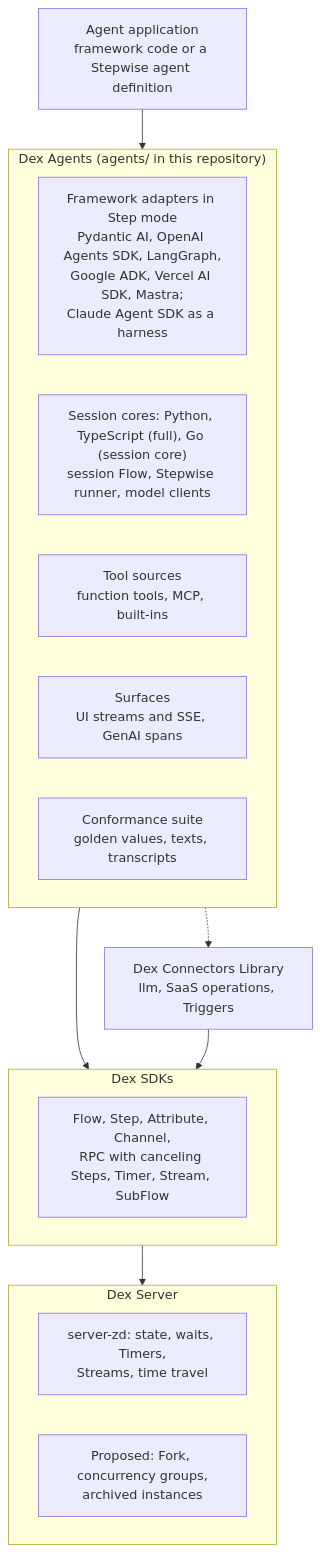
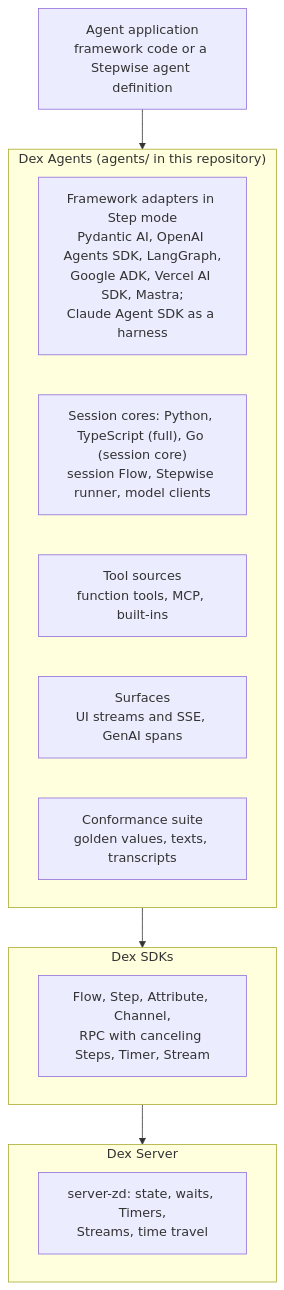
The first of 2 diagrams in docs/design/long-running-agents.md (superdurable/dex), drawn with Mermaid before and after one commit. The commit also changed other lines of this file and 1 other file, not shown here.

First line of the commit message:
Reduce the long-running agents design to what shipped in agents 0.2.0

````diff
--- a/docs/design/long-running-agents.md
+++ b/docs/design/long-running-agents.md
@@ -226,24 +197,20 @@
 ```mermaid
 flowchart TB
   app["Agent application<br/>framework code or a Stepwise agent definition"]
   subgraph agents["Dex Agents (agents/ in this repository)"]
     adapters["Framework adapters in Step mode<br/>Pydantic AI, OpenAI Agents SDK, LangGraph,<br/>Google ADK, Vercel AI SDK, Mastra;<br/>Claude Agent SDK as a harness"]
     cores["Session cores: Python, TypeScript (full), Go (session core)<br/>session Flow, Stepwise runner, model clients"]
     tools["Tool sources<br/>function tools, MCP, built-ins"]
     surfaces["Surfaces<br/>UI streams and SSE, GenAI spans"]
     conformance["Conformance suite<br/>golden values, texts, transcripts"]
   end
   subgraph sdk["Dex SDKs"]
-    primitives["Flow, Step, Attribute, Channel,<br/>RPC with canceling Steps, Timer, Stream, SubFlow"]
+    primitives["Flow, Step, Attribute, Channel,<br/>RPC with canceling Steps, Timer, Stream"]
   end
   subgraph server["Dex Server"]
     zd["server-zd: state, waits, Timers,<br/>Streams, time travel"]
-    newserver["Proposed: Fork, concurrency groups,<br/>archived instances"]
   end
-  connectors["Dex Connectors Library<br/>llm, SaaS operations, Triggers"]
   app --> agents
   agents --> sdk
-  agents -.-> connectors
-  connectors --> sdk
   sdk --> server
 ```
````
